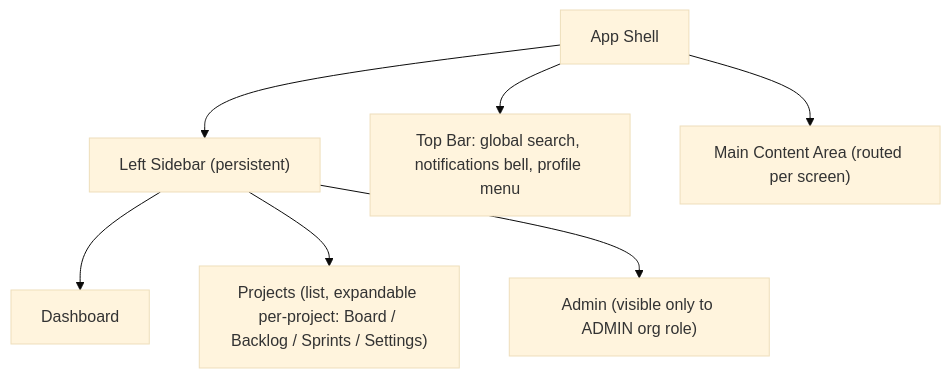
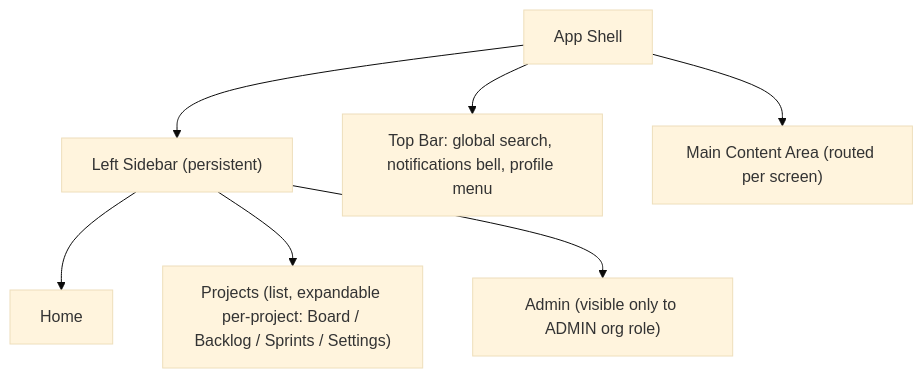
The diagram in docs/05_UI/02_Screens_and_Information_Architecture.md (arinyadav0706-boop/project-atlas), drawn with Mermaid (base theme) before and after one commit. The commit also changed other lines of this file and 10 other files, not shown here.

````diff
--- a/docs/05_UI/02_Screens_and_Information_Architecture.md
+++ b/docs/05_UI/02_Screens_and_Information_Architecture.md
@@ -15,10 +15,10 @@
 ```mermaid
 graph TB
     Shell["App Shell"] --> Sidebar["Left Sidebar (persistent)"]
     Shell --> TopBar["Top Bar: global search, notifications bell, profile menu"]
     Shell --> Content["Main Content Area (routed per screen)"]
 
-    Sidebar --> S1["Dashboard"]
+    Sidebar --> S1["Home"]
     Sidebar --> S2["Projects (list, expandable per-project: Board / Backlog / Sprints / Settings)"]
     Sidebar --> S3["Admin (visible only to ADMIN org role)"]
 ```
````
